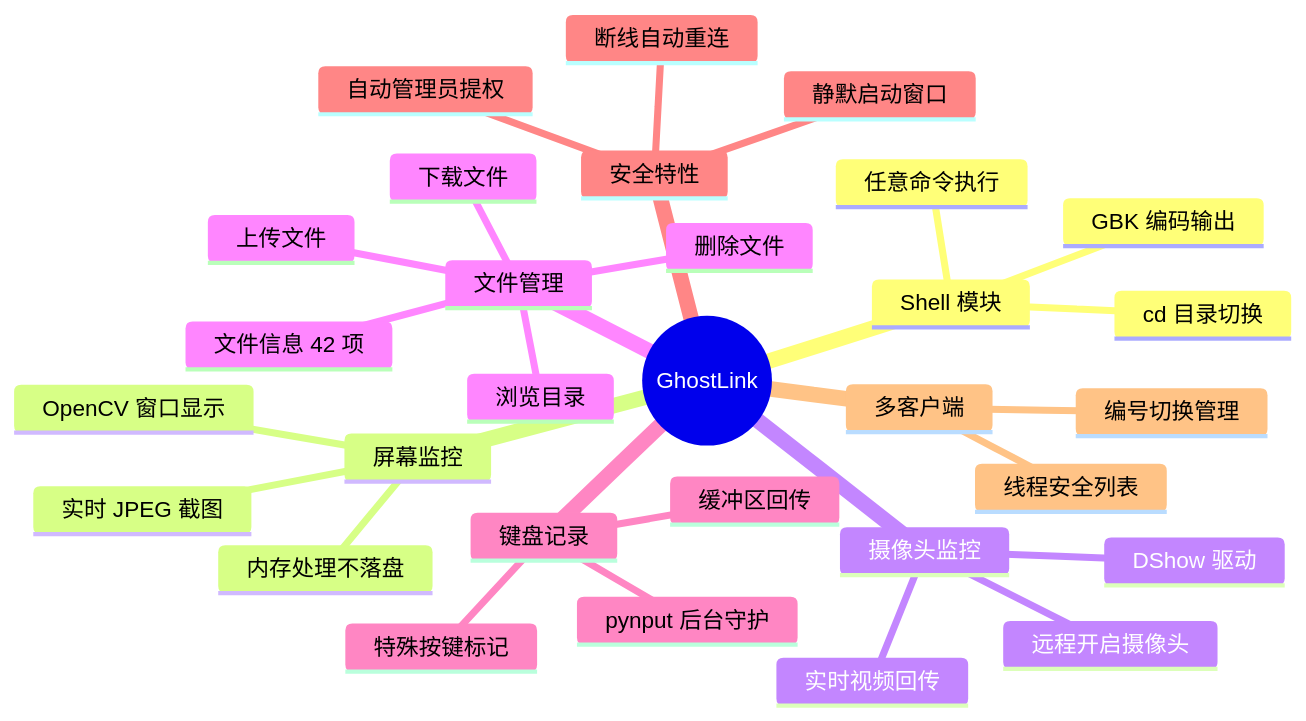
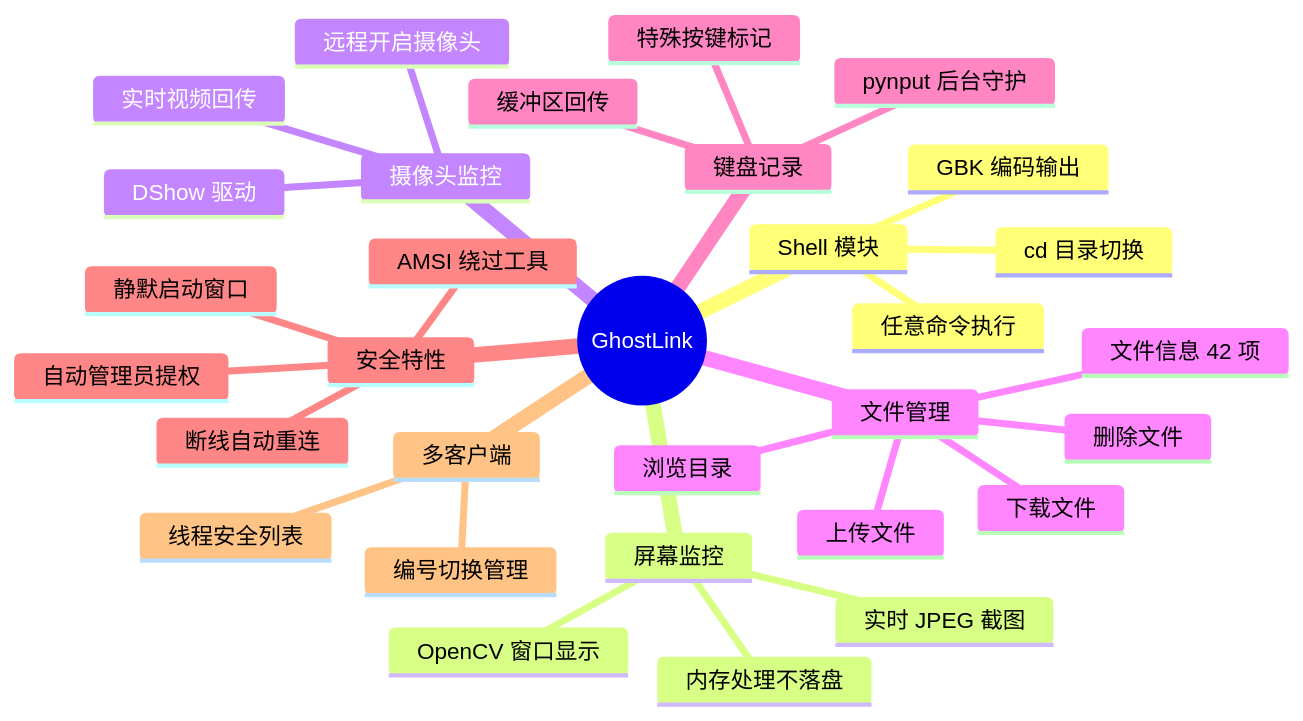
Before and after one commit to Elmhdmnh/GhostLink: the diagram in wiki/Home.md, drawn with Mermaid. The commit also changed other lines of this file and 12 other files, not shown here.

````diff
--- a/wiki/Home.md
+++ b/wiki/Home.md
@@ -25,33 +25,34 @@
 ```mermaid
 mindmap
   root((GhostLink))
     Shell 模块
       任意命令执行
       cd 目录切换
       GBK 编码输出
     屏幕监控
       实时 JPEG 截图
       内存处理不落盘
       OpenCV 窗口显示
     摄像头监控
       远程开启摄像头
       DShow 驱动
       实时视频回传
     文件管理
       浏览目录
       下载文件
       上传文件
       删除文件
       文件信息 42 项
     键盘记录
       pynput 后台守护
       特殊按键标记
       缓冲区回传
     安全特性
       自动管理员提权
       静默启动窗口
       断线自动重连
+      AMSI 绕过工具
     多客户端
       线程安全列表
       编号切换管理
 ```
````
